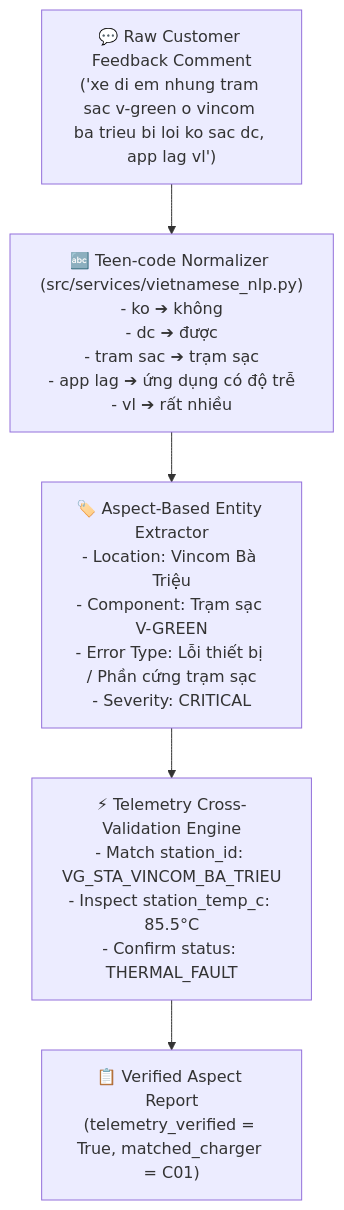
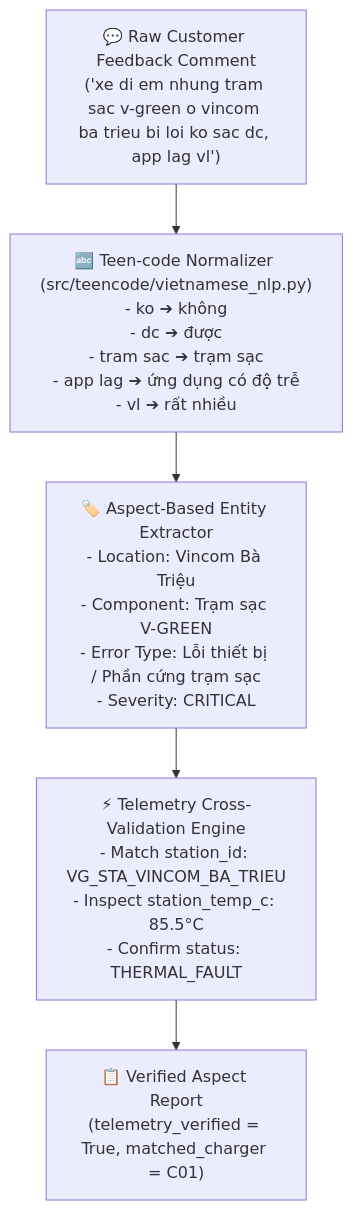
One commit to Dino1059/Phase2_VSF changed the fifth of 6 diagrams in ARCHITECTURE.md. Above: the diagram before and after it, drawn with Mermaid. The commit also changed other lines of this file and 12 other files, not shown here.

First line of the commit message:
refactor(nlp): move Vietnamese NLP/teencode service into src/teencode/

````diff
--- a/ARCHITECTURE.md
+++ b/ARCHITECTURE.md
@@ -263,17 +263,17 @@
 ```mermaid
 flowchart TD
     RawText["💬 Raw Customer Feedback Comment<br/>('xe di em nhung tram sac v-green o vincom ba trieu bi loi ko sac dc, app lag vl')"]
     
-    Norm["🔤 Teen-code Normalizer (src/services/vietnamese_nlp.py)<br/>- ko ➔ không<br/>- dc ➔ được<br/>- tram sac ➔ trạm sạc<br/>- app lag ➔ ứng dụng có độ trễ<br/>- vl ➔ rất nhiều"]
+    Norm["🔤 Teen-code Normalizer (src/teencode/vietnamese_nlp.py)<br/>- ko ➔ không<br/>- dc ➔ được<br/>- tram sac ➔ trạm sạc<br/>- app lag ➔ ứng dụng có độ trễ<br/>- vl ➔ rất nhiều"]
     
     Aspect["🏷️ Aspect-Based Entity Extractor<br/>- Location: Vincom Bà Triệu<br/>- Component: Trạm sạc V-GREEN<br/>- Error Type: Lỗi thiết bị / Phần cứng trạm sạc<br/>- Severity: CRITICAL"]
     
     Telemetry["⚡ Telemetry Cross-Validation Engine<br/>- Match station_id: VG_STA_VINCOM_BA_TRIEU<br/>- Inspect station_temp_c: 85.5°C<br/>- Confirm status: THERMAL_FAULT"]
     
     Report["📋 Verified Aspect Report<br/>(telemetry_verified = True, matched_charger = C01)"]
     
     RawText --> Norm
     Norm --> Aspect
     Aspect --> Telemetry
     Telemetry --> Report
 ```
````
